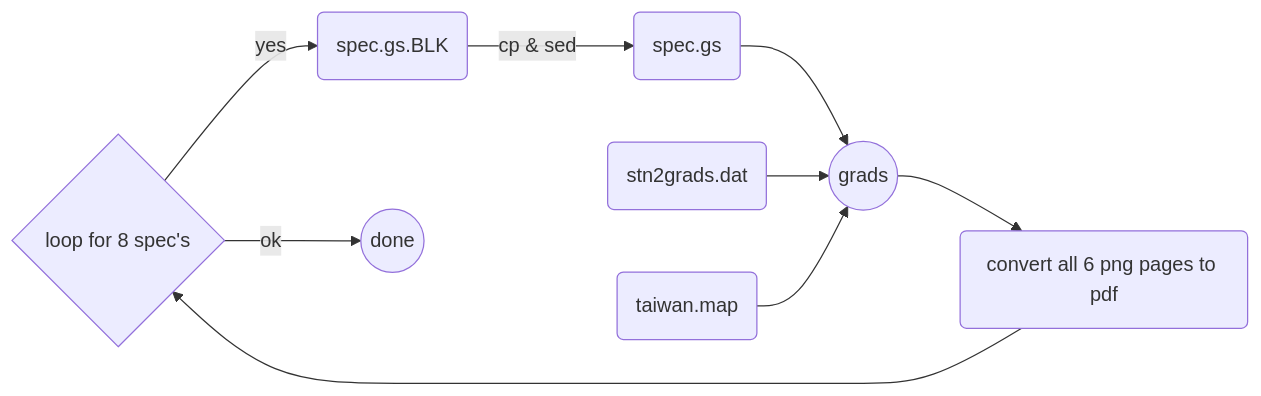
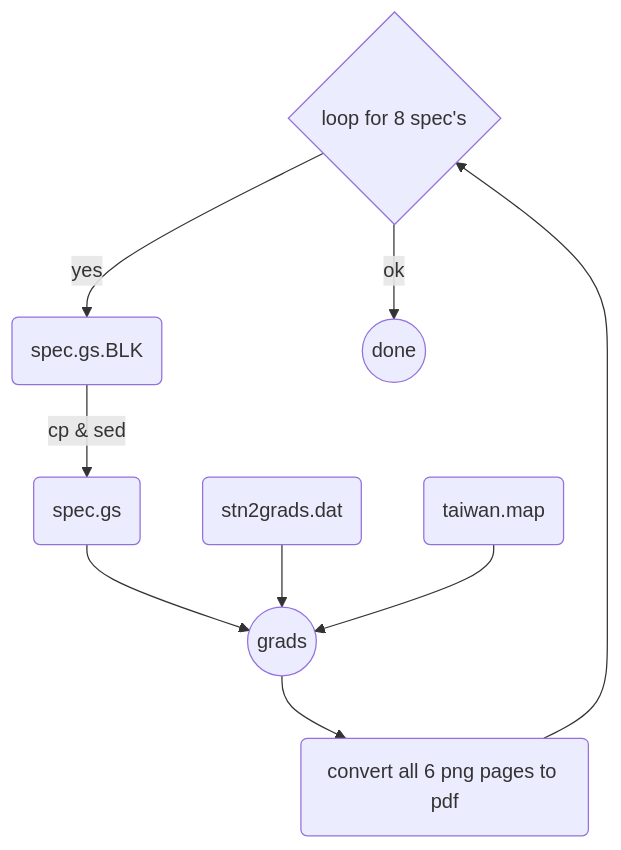
One commit to sinotec2/FAQ changed the third of 3 diagrams in _posts/2022-07-21-ovm2grads.md. Above: the diagram before and after it, drawn with Mermaid.

````diff
--- a/_posts/2022-07-21-ovm2grads.md
+++ b/_posts/2022-07-21-ovm2grads.md
@@ -96,11 +96,11 @@
 ```mermaid
-graph LR
+graph TD
     D{loop for 8 spec's} -- yes --> A(spec.gs.BLK)
     A -- cp & sed --> B(spec.gs)
     B --> E((grads))
     C(stn2grads.dat) --> E
     I(taiwan.map) --> E
     E --> F(convert all 6 png pages to pdf)
     F --> D
     D -- ok --> G((done))
 ```
````
